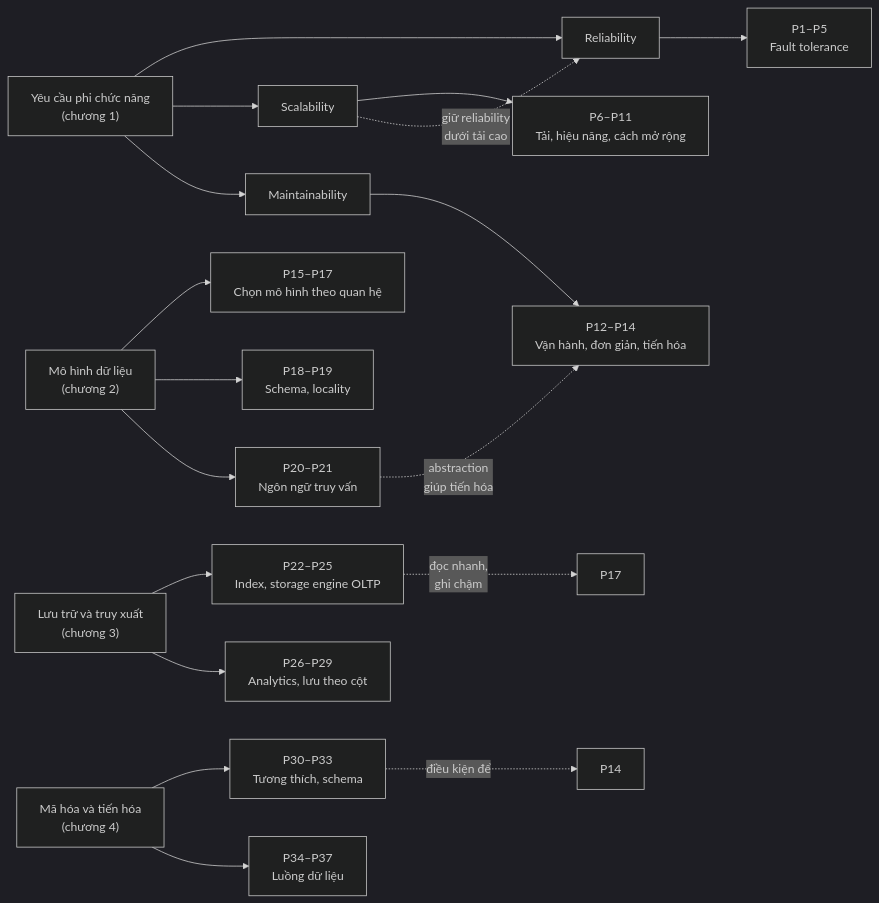
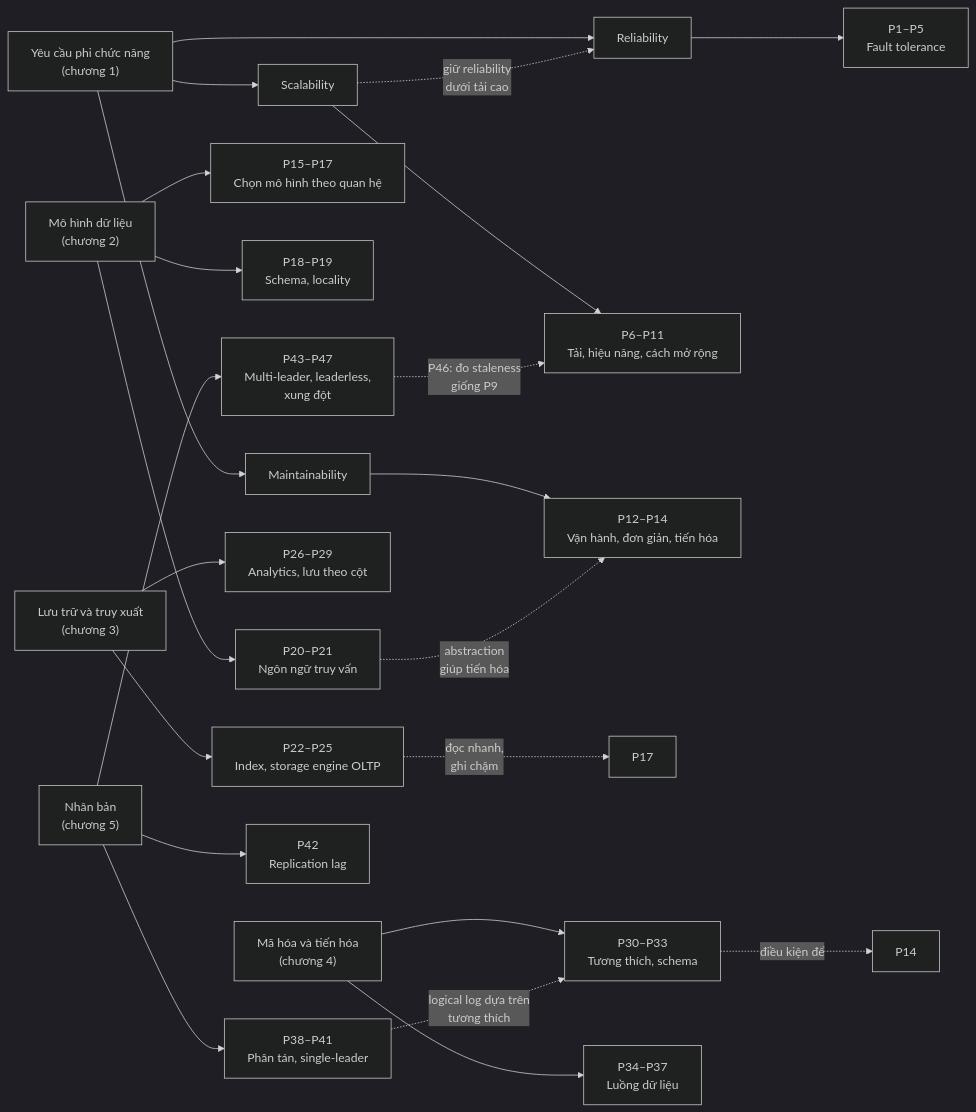
Before and after one commit to pnt2004/Public-Document: the diagram in DDIA/ddia-notes/system-design-concepts.md, drawn with Mermaid (dark theme). The commit also changed other lines of this file and 8 other files, not shown here.

````diff
--- a/DDIA/ddia-notes/system-design-concepts.md
+++ b/DDIA/ddia-notes/system-design-concepts.md
@@ -9,20 +9,25 @@
 ```mermaid
 flowchart LR
     REQ["Yêu cầu phi chức năng<br/>(chương 1)"] --> R["Reliability"]
     REQ --> S["Scalability"]
     REQ --> M["Maintainability"]
     R --> P1["P1–P5<br/>Fault tolerance"]
     S --> P6["P6–P11<br/>Tải, hiệu năng, cách mở rộng"]
     M --> P12["P12–P14<br/>Vận hành, đơn giản, tiến hóa"]
     S -.->|"giữ reliability<br/>dưới tải cao"| R
     DM["Mô hình dữ liệu<br/>(chương 2)"] --> P15["P15–P17<br/>Chọn mô hình theo quan hệ"]
     DM --> P18["P18–P19<br/>Schema, locality"]
     DM --> P20["P20–P21<br/>Ngôn ngữ truy vấn"]
     P20 -.->|"abstraction<br/>giúp tiến hóa"| P12
     ST["Lưu trữ và truy xuất<br/>(chương 3)"] --> P22["P22–P25<br/>Index, storage engine OLTP"]
     ST --> P26["P26–P29<br/>Analytics, lưu theo cột"]
     P22 -.->|"đọc nhanh,<br/>ghi chậm"| P17
     EN["Mã hóa và tiến hóa<br/>(chương 4)"] --> P30["P30–P33<br/>Tương thích, schema"]
     EN --> P34["P34–P37<br/>Luồng dữ liệu"]
     P30 -.->|"điều kiện để"| P14
+    RP["Nhân bản<br/>(chương 5)"] --> P38["P38–P41<br/>Phân tán, single-leader"]
+    RP --> P42["P42<br/>Replication lag"]
+    RP --> P43["P43–P47<br/>Multi-leader, leaderless,<br/>xung đột"]
+    P38 -.->|"logical log dựa trên<br/>tương thích"| P30
+    P43 -.->|"P46: đo staleness<br/>giống P9"| P6
 ```
````
